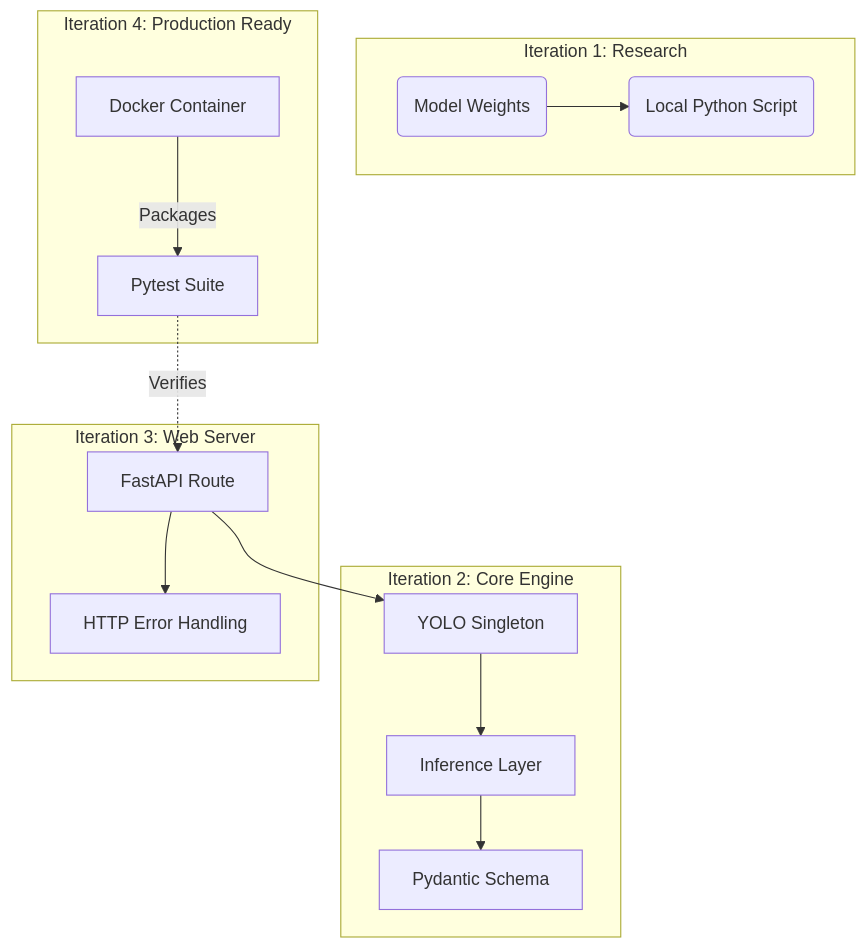
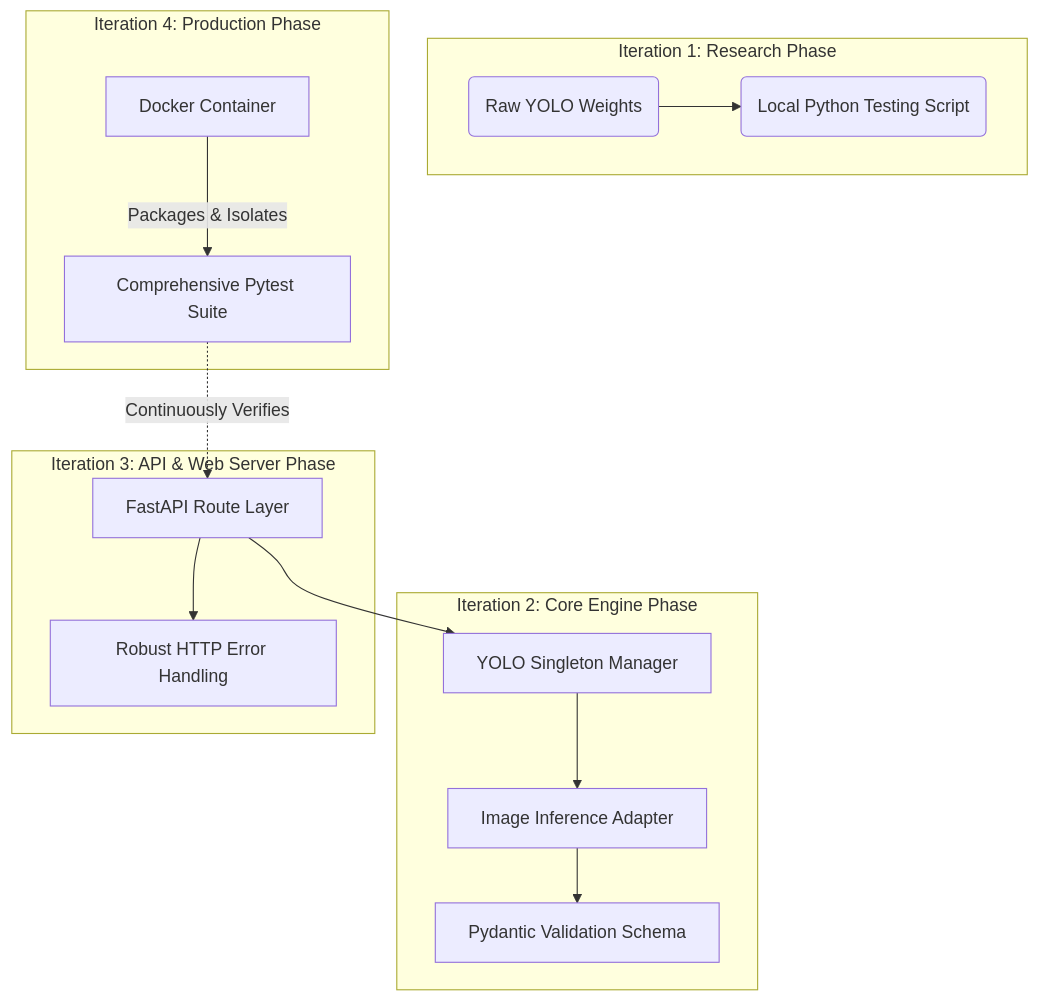
One commit to abhiav-spec/Smart-Pothole-Detection-and-Reporting-System changed the third of 3 diagrams in docs/architecture/ai_service_development_guide.md. Above: the diagram before and after it, drawn with Mermaid. The commit also changed other lines of this file, not shown here.

````diff
--- a/docs/architecture/ai_service_development_guide.md
+++ b/docs/architecture/ai_service_development_guide.md
@@ -169,21 +376,21 @@
 ```mermaid
 graph TD
-    subgraph Iteration 1: Research
-        A(Model Weights) --> B(Local Python Script)
+    subgraph Iteration 1: Research Phase
+        A(Raw YOLO Weights) --> B(Local Python Testing Script)
     end
     
-    subgraph Iteration 2: Core Engine
-        C[YOLO Singleton] --> D[Inference Layer]
-        D --> E[Pydantic Schema]
+    subgraph Iteration 2: Core Engine Phase
+        C[YOLO Singleton Manager] --> D[Image Inference Adapter]
+        D --> E[Pydantic Validation Schema]
     end
     
-    subgraph Iteration 3: Web Server
-        F[FastAPI Route] --> C
-        F --> G[HTTP Error Handling]
+    subgraph Iteration 3: API & Web Server Phase
+        F[FastAPI Route Layer] --> C
+        F --> G[Robust HTTP Error Handling]
     end
     
-    subgraph Iteration 4: Production Ready
-        H[Pytest Suite] -.->|Verifies| F
-        I[Docker Container] -->|Packages| H
+    subgraph Iteration 4: Production Phase
+        H[Comprehensive Pytest Suite] -.->|Continuously Verifies| F
+        I[Docker Container] -->|Packages & Isolates| H
     end
 ```
````
